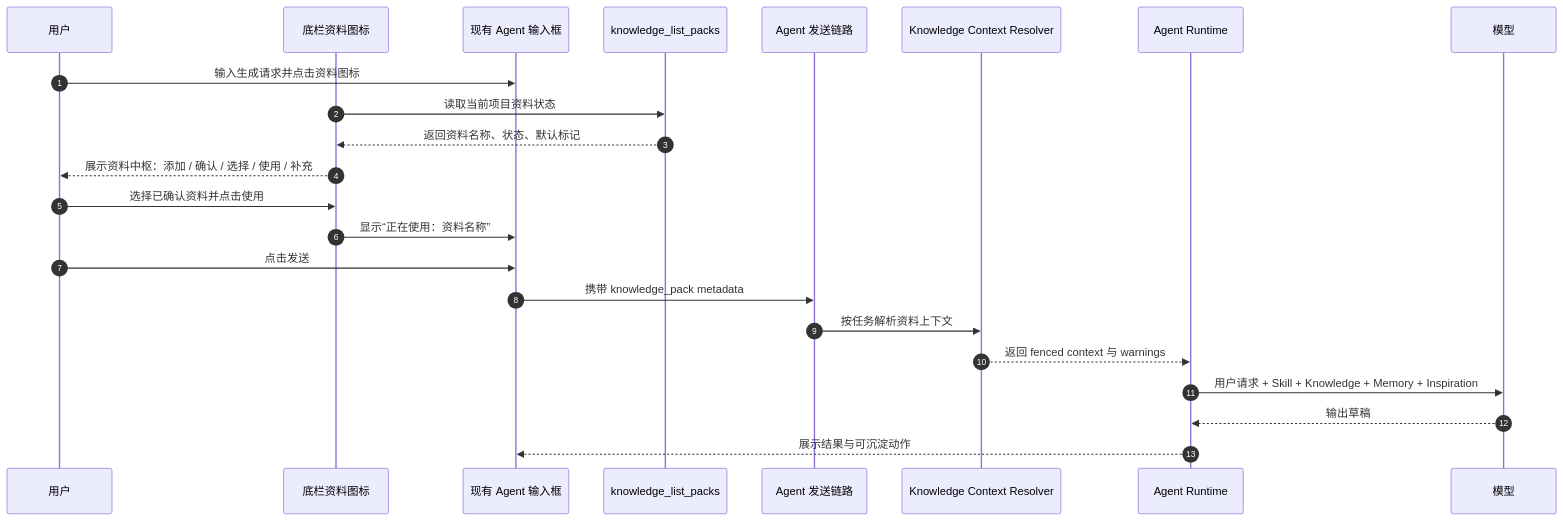
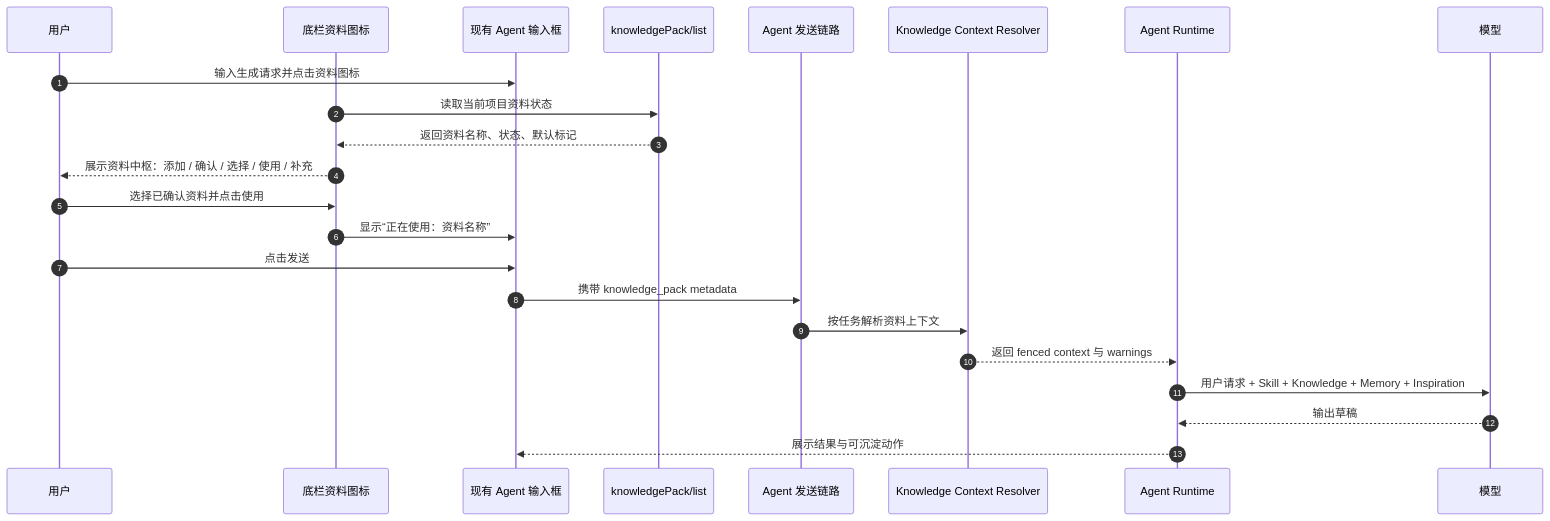
Before and after one commit to jiujuan/lime: the fourth of 9 diagrams in internal/roadmap/knowledge/prd.md, drawn with Mermaid. The commit also changed other lines of this file and 485 other files, not shown here.

````diff
--- a/internal/roadmap/knowledge/prd.md
+++ b/internal/roadmap/knowledge/prd.md
@@ -603,26 +603,26 @@
 ```mermaid
 sequenceDiagram
   autonumber
   participant U as 用户
   participant Control as 底栏资料图标
   participant Agent as 现有 Agent 输入框
-  participant Catalog as knowledge_list_packs
+  participant Catalog as knowledgePack/list
   participant Send as Agent 发送链路
   participant Resolver as Knowledge Context Resolver
   participant Runtime as Agent Runtime
   participant Model as 模型
 
   U->>Agent: 输入生成请求并点击资料图标
   Control->>Catalog: 读取当前项目资料状态
   Catalog-->>Control: 返回资料名称、状态、默认标记
   Control-->>U: 展示资料中枢：添加 / 确认 / 选择 / 使用 / 补充
   U->>Control: 选择已确认资料并点击使用
   Control->>Agent: 显示“正在使用：资料名称”
   U->>Agent: 点击发送
   Agent->>Send: 携带 knowledge_pack metadata
   Send->>Resolver: 按任务解析资料上下文
   Resolver-->>Runtime: 返回 fenced context 与 warnings
   Runtime->>Model: 用户请求 + Skill + Knowledge + Memory + Inspiration
   Model-->>Runtime: 输出草稿
   Runtime-->>Agent: 展示结果与可沉淀动作
 ```
````
